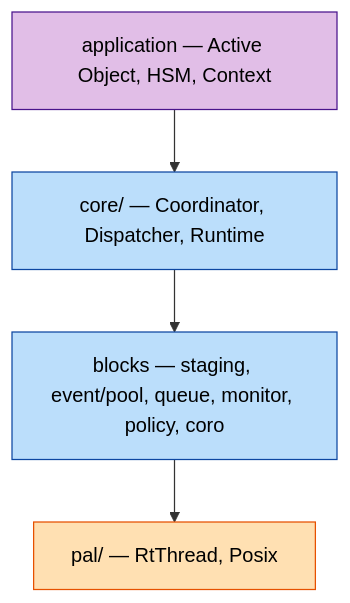
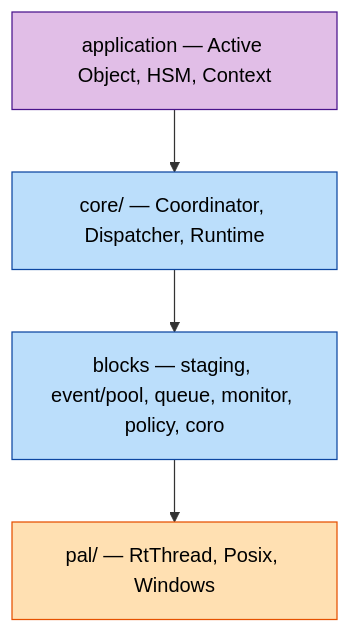
The second of 2 diagrams in README.md (DeguiLiu/coact), drawn with Mermaid before and after one commit. The commit also changed other lines of this file and 1 other file, not shown here.

Commit message:
story-docs(dm): document the Windows PAL in the branch README

````diff
--- a/README.md
+++ b/README.md
@@ -53,11 +54,11 @@
 ```mermaid
 flowchart TB
     classDef app fill:#E1BEE7,stroke:#4A148C,color:#000
     classDef core fill:#BBDEFB,stroke:#0D47A1,color:#000
     classDef pal fill:#FFE0B2,stroke:#E65100,color:#000
     L4["application — Active Object, HSM, Context"]:::app
     L3["core/ — Coordinator, Dispatcher, Runtime"]:::core
     L2["blocks — staging, event/pool, queue, monitor, policy, coro"]:::core
-    L1["pal/ — RtThread, Posix"]:::pal
+    L1["pal/ — RtThread, Posix, Windows"]:::pal
     L4 --> L3 --> L2 --> L1
 ```
````
